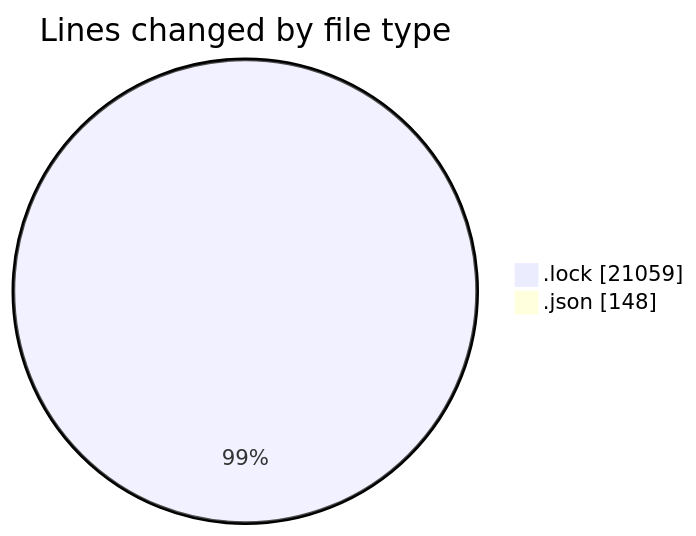
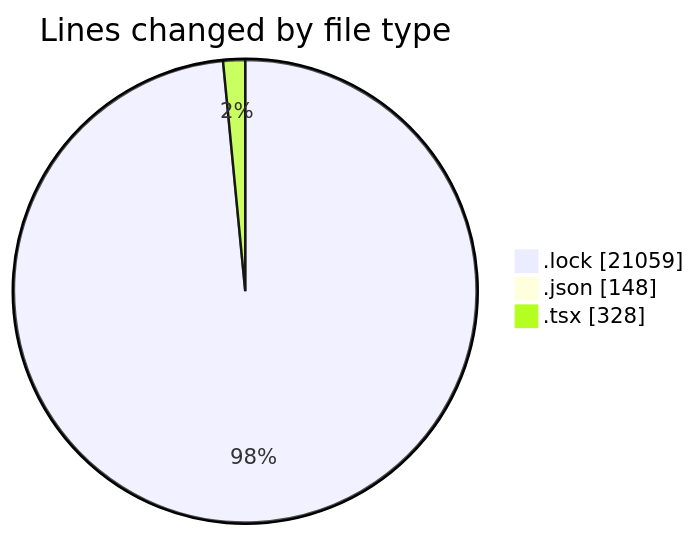
Before and after one commit to momahboobian/code-tracking: the first of 2 diagrams in 2025-10-20/cda/README.md, drawn with Mermaid. The commit also changed other lines of this file and 1 other file, not shown here.

````diff
--- a/2025-10-20/cda/README.md
+++ b/2025-10-20/cda/README.md
@@ -24,6 +26,7 @@
 ```mermaid
 pie showData
 title Lines changed by file type
 ".lock" : 21059
 ".json" : 148
+".tsx" : 328
 ```
````
